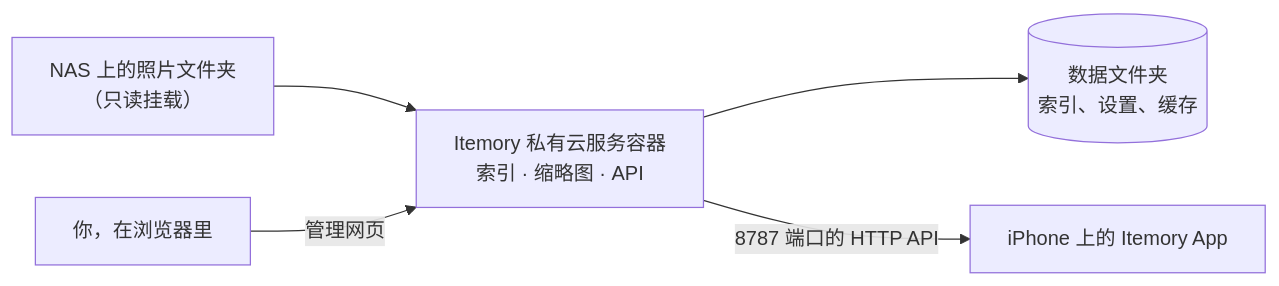
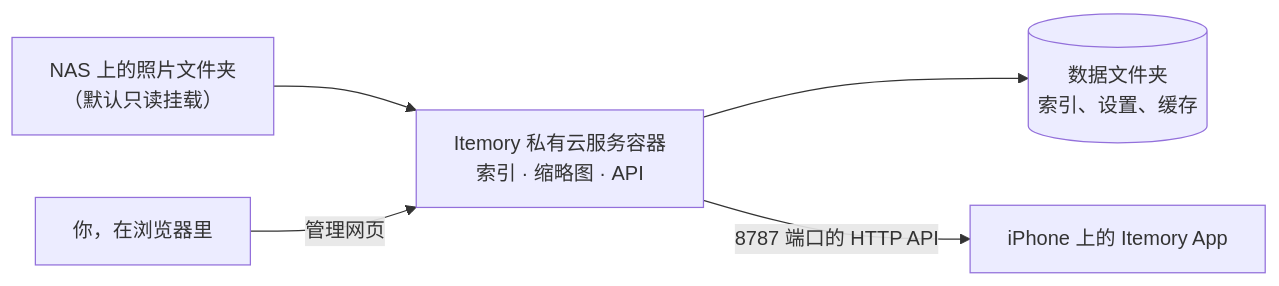
Before and after one commit to SherlockGougou/itemory-agent: the diagram in README.zh-CN.md, drawn with Mermaid. The commit also changed other lines of this file and 20 other files, not shown here.

````diff
--- a/README.zh-CN.md
+++ b/README.zh-CN.md
@@ -60,7 +60,7 @@
 ```mermaid
 flowchart LR
-  Photos["NAS 上的照片文件夹<br/>（只读挂载）"] --> Agent["Itemory 私有云服务容器<br/>索引 · 缩略图 · API"]
+  Photos["NAS 上的照片文件夹<br/>（默认只读挂载）"] --> Agent["Itemory 私有云服务容器<br/>索引 · 缩略图 · API"]
   Agent --> Data[("数据文件夹<br/>索引、设置、缓存")]
   Agent -- "8787 端口的 HTTP API" --> App["iPhone 上的 Itemory App"]
   Admin["你，在浏览器里"] -- "管理网页" --> Agent
 ```
````
